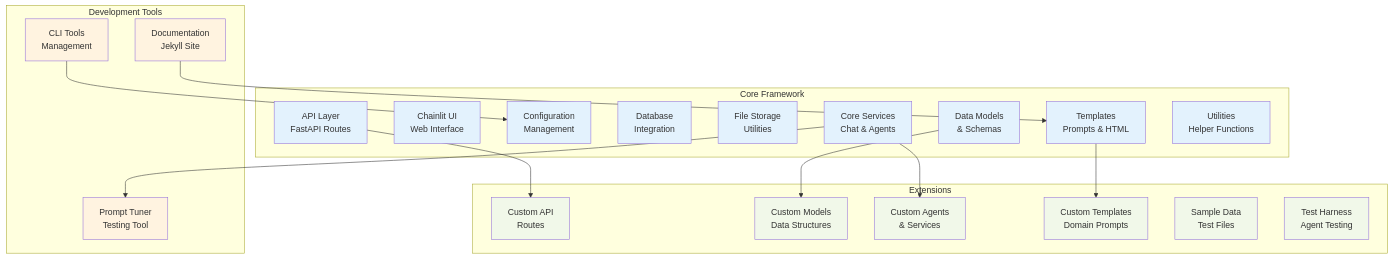
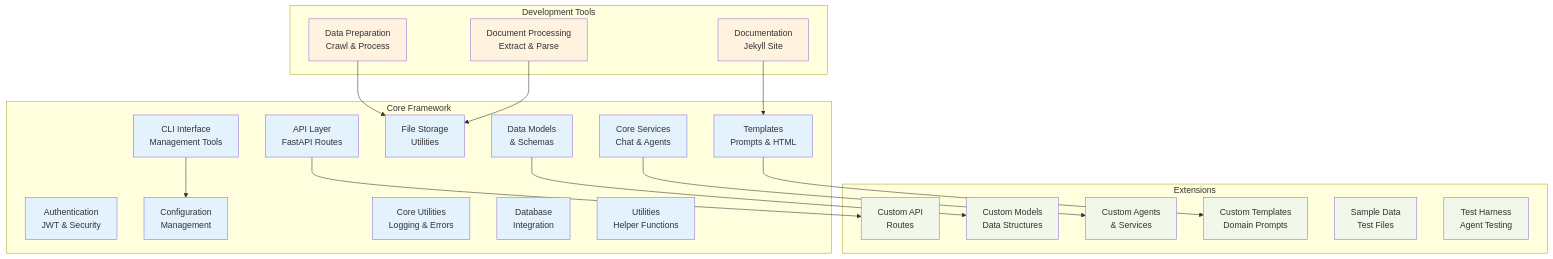
One commit to the-ingenious-dark-knight/Insight_Ingenious changed the second of 11 diagrams in docs/development/README.md. Above: the diagram before and after it, drawn with Mermaid. The commit also changed other lines of this file and 17 other files, not shown here.

````diff
--- a/docs/development/README.md
+++ b/docs/development/README.md
@@ -68,46 +68,49 @@
 ```mermaid
 graph TB
     subgraph "Core Framework"
         API[API Layer<br/>FastAPI Routes]
-        CHAINLIT[Chainlit UI<br/>Web Interface]
+        AUTH[Authentication<br/>JWT & Security]
+        CLI[CLI Interface<br/>Management Tools]
         CONFIG[Configuration<br/>Management]
+        CORE[Core Utilities<br/>Logging & Errors]
         DB[Database<br/>Integration]
         FILES[File Storage<br/>Utilities]
         MODELS[Data Models<br/>& Schemas]
         SERVICES[Core Services<br/>Chat & Agents]
         TEMPLATES[Templates<br/>Prompts & HTML]
         UTILS[Utilities<br/>Helper Functions]
     end
 
     subgraph "Extensions"
         EXT_API[Custom API<br/>Routes]
         EXT_MODELS[Custom Models<br/>Data Structures]
         EXT_SERVICES[Custom Agents<br/>& Services]
         EXT_TEMPLATES[Custom Templates<br/>Domain Prompts]
         SAMPLE_DATA[Sample Data<br/>Test Files]
         TESTS[Test Harness<br/>Agent Testing]
     end
 
     subgraph "Development Tools"
-        PROMPT_TUNER[Prompt Tuner<br/>Testing Tool]
-        CLI[CLI Tools<br/>Management]
+        DATAPREP[Data Preparation<br/>Crawl & Process]
+        DOCPROC[Document Processing<br/>Extract & Parse]
         DOCS[Documentation<br/>Jekyll Site]
     end
 
     API --> EXT_API
     MODELS --> EXT_MODELS
     SERVICES --> EXT_SERVICES
     TEMPLATES --> EXT_TEMPLATES
 
-    SERVICES --> PROMPT_TUNER
     CLI --> CONFIG
+    DATAPREP --> FILES
+    DOCPROC --> FILES
     DOCS --> TEMPLATES
 
     classDef core fill:#e3f2fd
     classDef extensions fill:#f1f8e9
     classDef tools fill:#fff3e0
 
-    class API,CHAINLIT,CONFIG,DB,FILES,MODELS,SERVICES,TEMPLATES,UTILS core
+    class API,AUTH,CLI,CONFIG,CORE,DB,FILES,MODELS,SERVICES,TEMPLATES,UTILS core
     class EXT_API,EXT_MODELS,EXT_SERVICES,EXT_TEMPLATES,SAMPLE_DATA,TESTS extensions
-    class PROMPT_TUNER,CLI,DOCS tools
+    class DATAPREP,DOCPROC,DOCS tools
 ```
````
